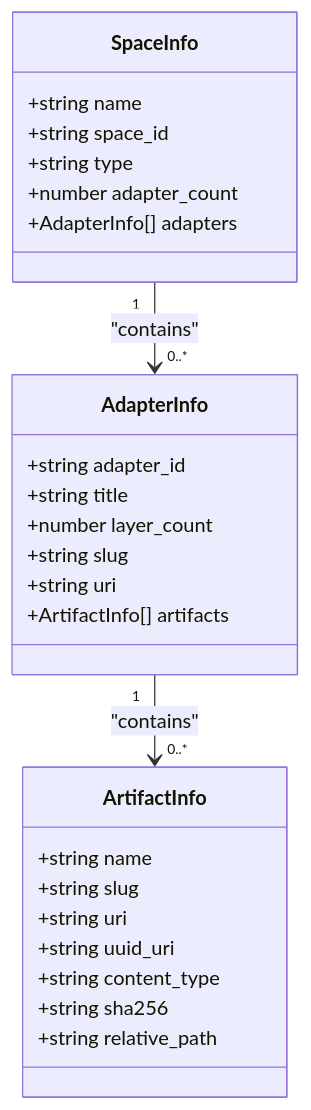
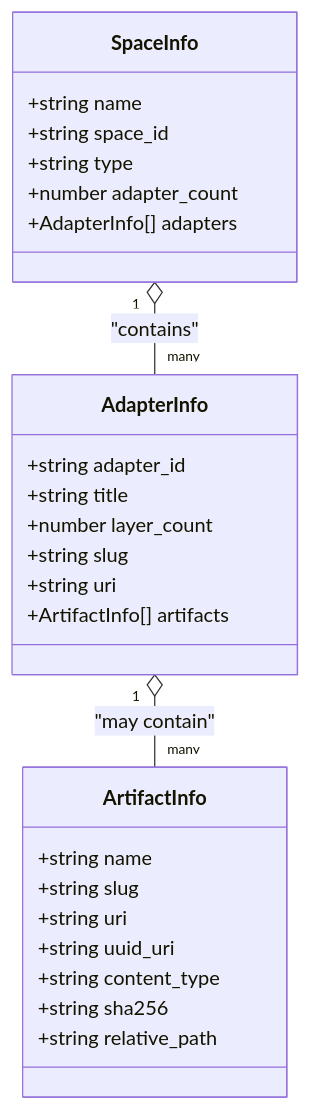
The third of 5 diagrams in .qoder/repowiki/en/content/MCP Tools Reference/Spaces Tool.md (SquadRules/mcp), drawn with Mermaid before and after one commit. The commit also changed other lines of this file and 553 other files, not shown here.

````diff
--- a/.qoder/repowiki/en/content/MCP Tools Reference/Spaces Tool.md
+++ b/.qoder/repowiki/en/content/MCP Tools Reference/Spaces Tool.md
@@ -256,29 +165,29 @@
 ```mermaid
 classDiagram
 class SpaceInfo {
 +string name
 +string space_id
 +string type
 +number adapter_count
 +AdapterInfo[] adapters
 }
 class AdapterInfo {
 +string adapter_id
 +string title
 +number layer_count
 +string slug
 +string uri
 +ArtifactInfo[] artifacts
 }
 class ArtifactInfo {
 +string name
 +string slug
 +string uri
 +string uuid_uri
 +string content_type
 +string sha256
 +string relative_path
 }
-SpaceInfo "1" --> "0..*" AdapterInfo : "contains"
-AdapterInfo "1" --> "0..*" ArtifactInfo : "contains"
+SpaceInfo "1" o-- "many" AdapterInfo : "contains"
+AdapterInfo "1" o-- "many" ArtifactInfo : "may contain"
 ```
````
